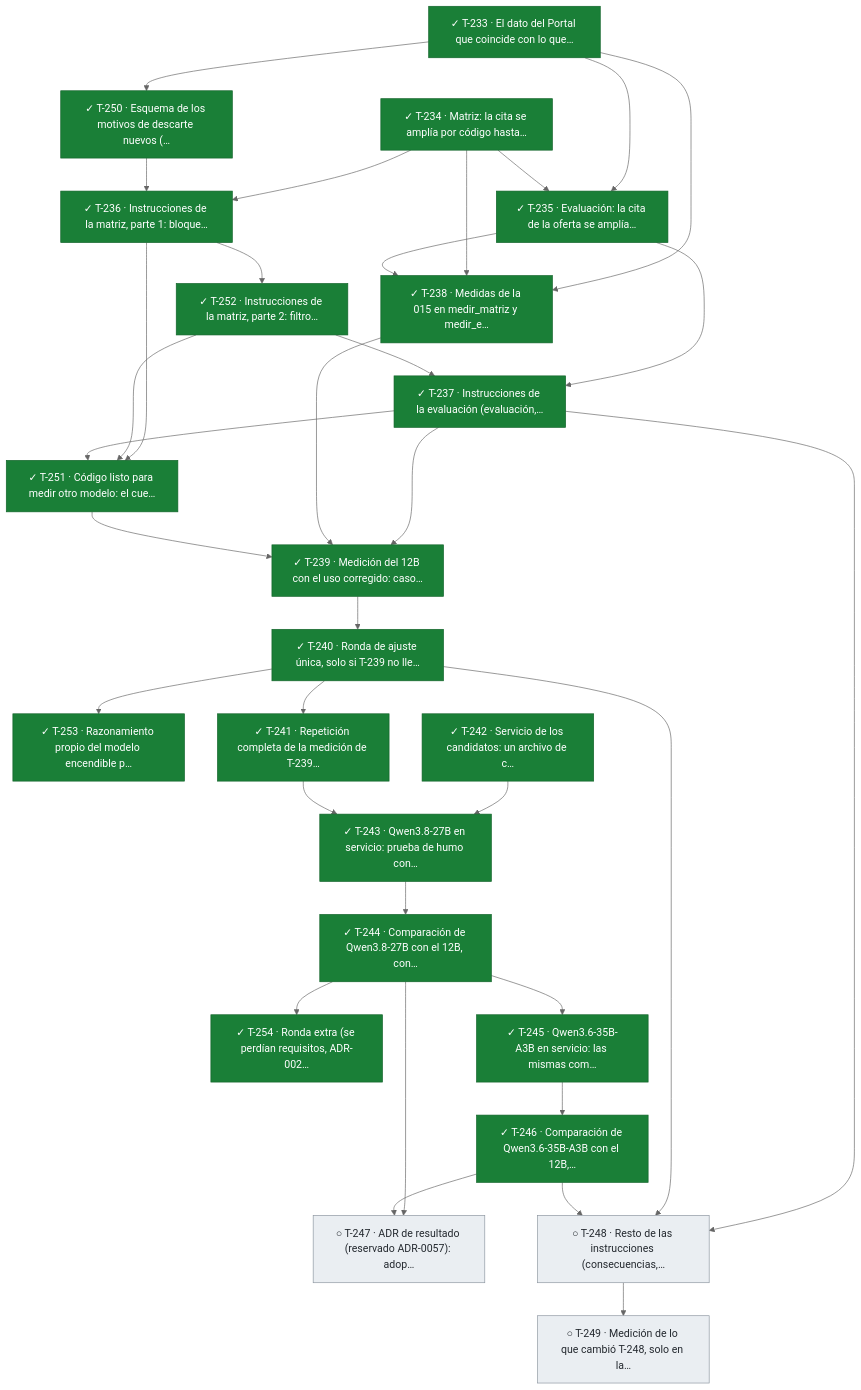
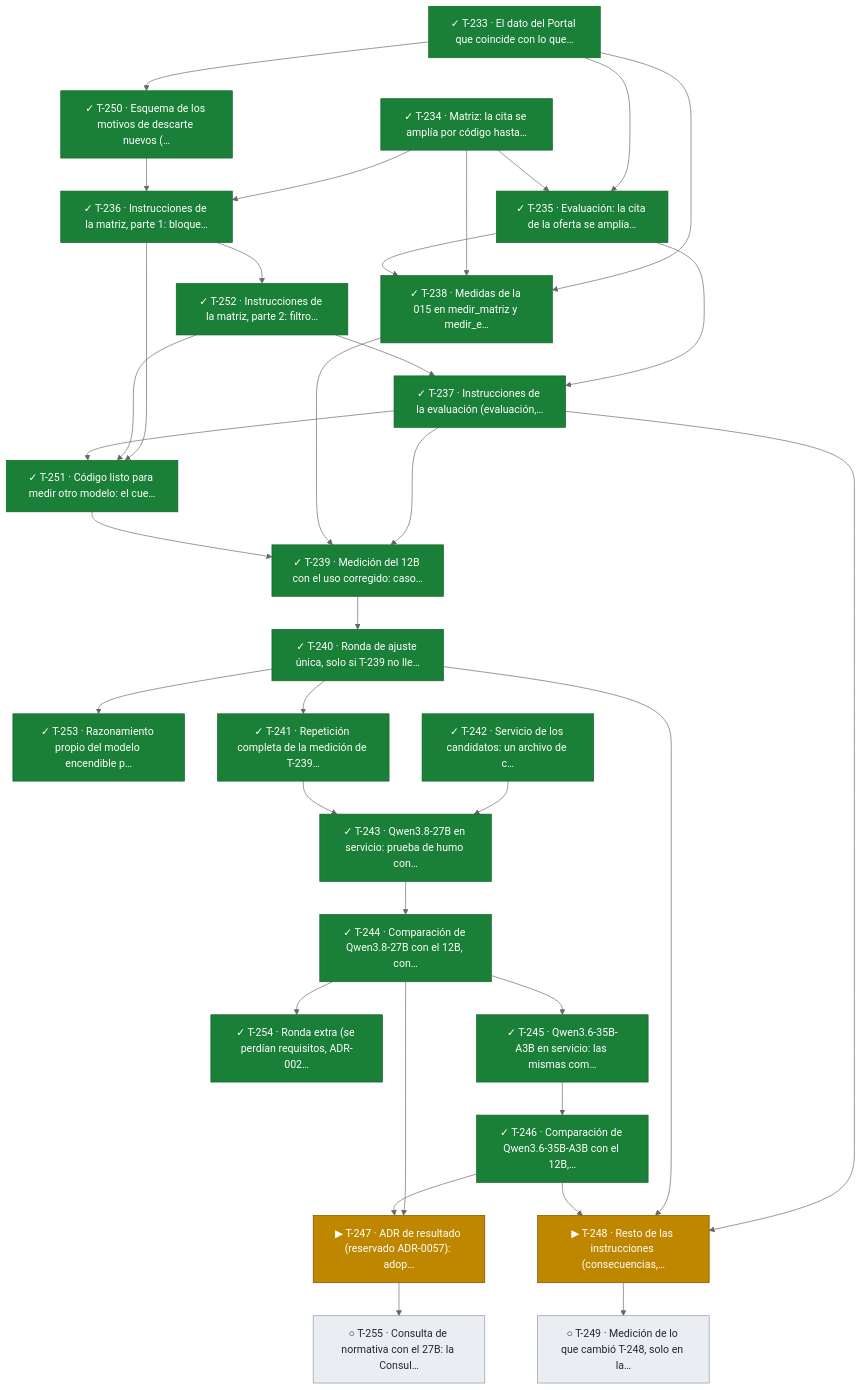
One commit to snavello/EVALUON changed diagram 17 of 17 in docs/tablero.md. Above: the diagram before and after it, drawn with Mermaid (neutral theme). The commit also changed other lines of this file and 2 other files, not shown here.

Commit message:
gestión: decisión de adopción del Qwen3.8-27B (2026-10-12), T-247 y T-248 en curso, T-255 para la Consulta

````diff
--- a/docs/tablero.md
+++ b/docs/tablero.md
@@ -1322,62 +1323,64 @@
 ```mermaid
 flowchart TD
   T233["✓ T-233 · El dato del Portal que coincide con lo que…"]:::done
   T234["✓ T-234 · Matriz: la cita se amplía por código hasta…"]:::done
   T250["✓ T-250 · Esquema de los motivos de descarte nuevos (…"]:::done
   T235["✓ T-235 · Evaluación: la cita de la oferta se amplía…"]:::done
   T236["✓ T-236 · Instrucciones de la matriz, parte 1: bloque…"]:::done
   T252["✓ T-252 · Instrucciones de la matriz, parte 2: filtro…"]:::done
   T253["✓ T-253 · Razonamiento propio del modelo encendible p…"]:::done
   T254["✓ T-254 · Ronda extra (se perdían requisitos, ADR-002…"]:::done
+  T255["○ T-255 · Consulta de normativa con el 27B: la Consul…"]:::todo
   T237["✓ T-237 · Instrucciones de la evaluación (evaluación,…"]:::done
   T251["✓ T-251 · Código listo para medir otro modelo: el cue…"]:::done
   T238["✓ T-238 · Medidas de la 015 en medir_matriz y medir_e…"]:::done
   T239["✓ T-239 · Medición del 12B con el uso corregido: caso…"]:::done
   T240["✓ T-240 · Ronda de ajuste única, solo si T-239 no lle…"]:::done
   T241["✓ T-241 · Repetición completa de la medición de T-239…"]:::done
   T242["✓ T-242 · Servicio de los candidatos: un archivo de c…"]:::done
   T243["✓ T-243 · Qwen3.8-27B en servicio: prueba de humo con…"]:::done
   T244["✓ T-244 · Comparación de Qwen3.8-27B con el 12B, con…"]:::done
   T245["✓ T-245 · Qwen3.6-35B-A3B en servicio: las mismas com…"]:::done
   T246["✓ T-246 · Comparación de Qwen3.6-35B-A3B con el 12B,…"]:::done
-  T247["○ T-247 · ADR de resultado (reservado ADR-0057): adop…"]:::todo
-  T248["○ T-248 · Resto de las instrucciones (consecuencias,…"]:::todo
+  T247["▶ T-247 · ADR de resultado (reservado ADR-0057): adop…"]:::active
+  T248["▶ T-248 · Resto de las instrucciones (consecuencias,…"]:::active
   T249["○ T-249 · Medición de lo que cambió T-248, solo en la…"]:::todo
   T233 --> T250
   T233 --> T235
   T234 --> T235
   T234 --> T236
   T250 --> T236
   T236 --> T252
   T240 --> T253
   T244 --> T254
+  T247 --> T255
   T235 --> T237
   T252 --> T237
   T236 --> T251
   T252 --> T251
   T237 --> T251
   T233 --> T238
   T234 --> T238
   T235 --> T238
   T237 --> T239
   T238 --> T239
   T251 --> T239
   T239 --> T240
   T240 --> T241
   T242 --> T243
   T241 --> T243
   T243 --> T244
   T244 --> T245
   T245 --> T246
   T244 --> T247
   T246 --> T247
   T237 --> T248
   T240 --> T248
   T246 --> T248
   T248 --> T249
   classDef done fill:#1a7f37,stroke:#116329,color:#ffffff
   classDef review fill:#0969da,stroke:#0550ae,color:#ffffff
   classDef active fill:#bf8700,stroke:#7d4e00,color:#ffffff
   classDef blocked fill:#cf222e,stroke:#a40e26,color:#ffffff
   classDef todo fill:#eaeef2,stroke:#8c959f,color:#24292f
 ```
````
